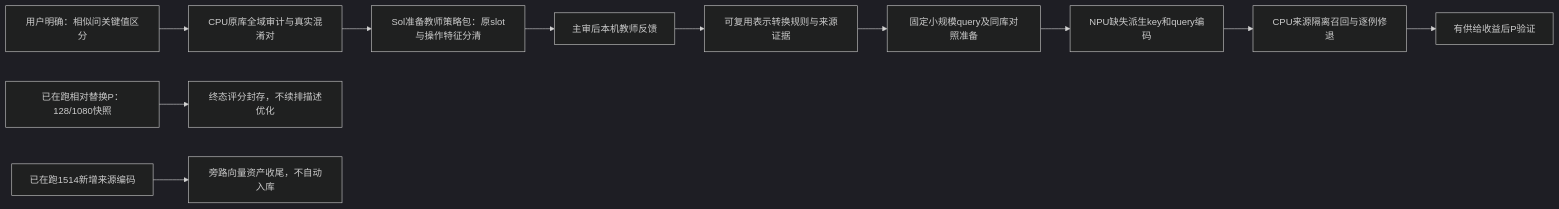
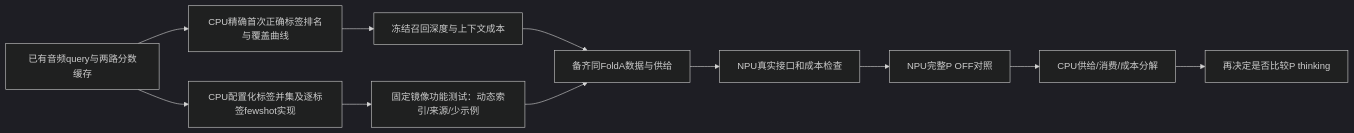
One commit to chaosxingxc-orion/omni changed the diagram in wiki/TFRL-Execution-DAG.md. Above: the diagram before and after it, drawn with Mermaid (dark theme). The commit also changed other lines of this file and 8 other files, not shown here.

````diff
--- a/wiki/TFRL-Execution-DAG.md
+++ b/wiki/TFRL-Execution-DAG.md
@@ -5,13 +5,13 @@
 ```mermaid
 flowchart LR
- U[用户明确：相似问关键值区分] --> A[CPU原库全域审计与真实混淆对]
- A --> T[Sol准备教师策略包：原slot与操作特征分清]
- T --> R[主审后本机教师反馈]
- R --> C[可复用表示转换规则与来源证据]
- C --> F[固定小规模query及同库对照准备]
- F --> N[NPU缺失派生key和query编码]
- N --> E[CPU来源隔离召回与逐例修退]
- E --> P[有供给收益后P验证]
- H[已在跑相对替换P：128/1080快照] --> X[终态评分封存，不续排描述优化]
- K[已在跑1514新增来源编码] --> B[旁路向量资产收尾，不自动入库]
+ A[已有音频query与两路分数缓存] --> B[CPU精确首次正确标签排名与覆盖曲线]
+ B --> C[冻结召回深度与上下文成本]
+ A --> D[CPU配置化标签并集及逐标签fewshot实现]
+ D --> E[固定镜像功能测试：动态索引/来源/少示例]
+ C --> F[备齐同FoldA数据与供给]
+ E --> F
+ F --> G[NPU真实接口和成本检查]
+ G --> H[NPU完整P OFF对照]
+ H --> I[CPU供给/消费/成本分解]
+ I --> J[再决定是否比较P thinking]
 ```
````
